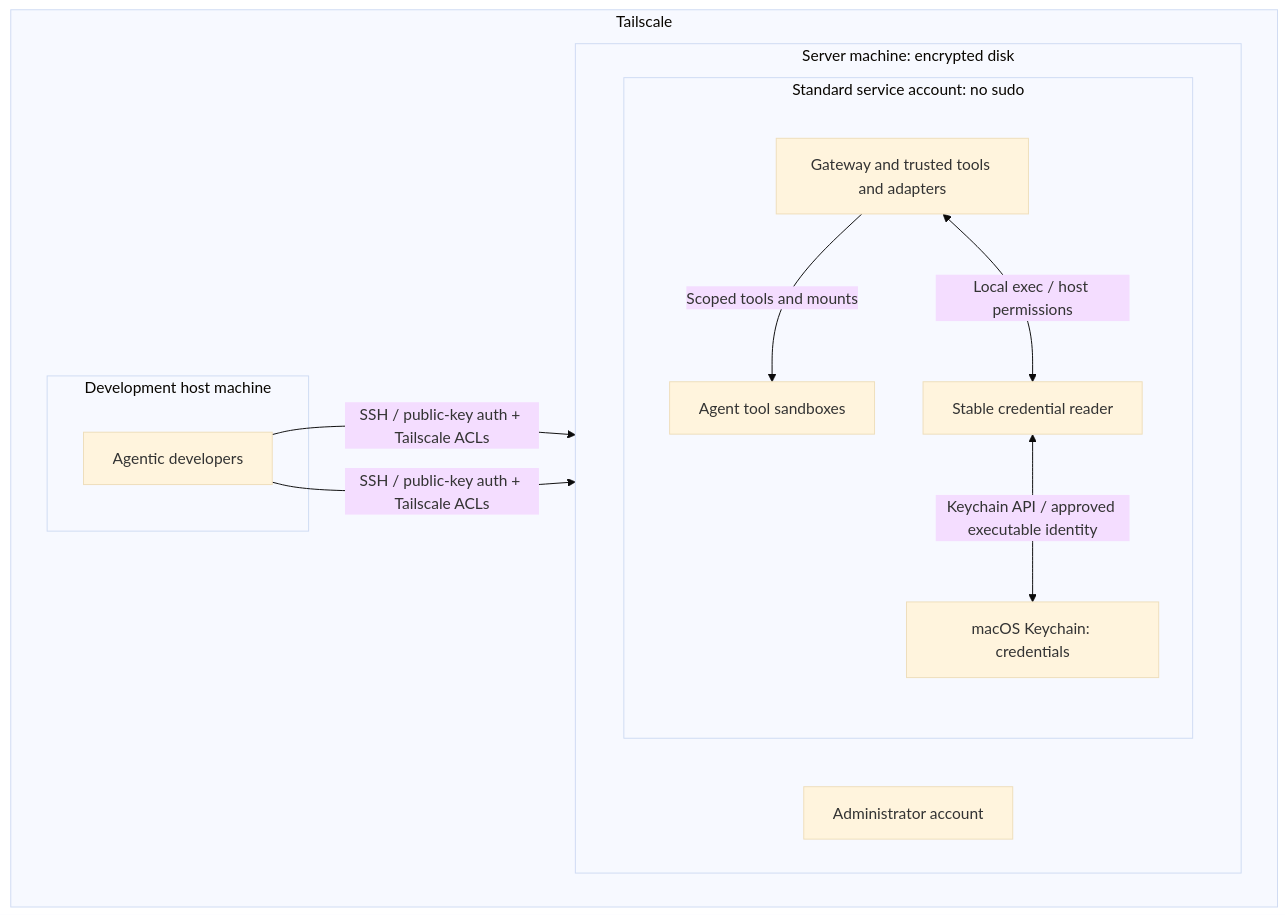
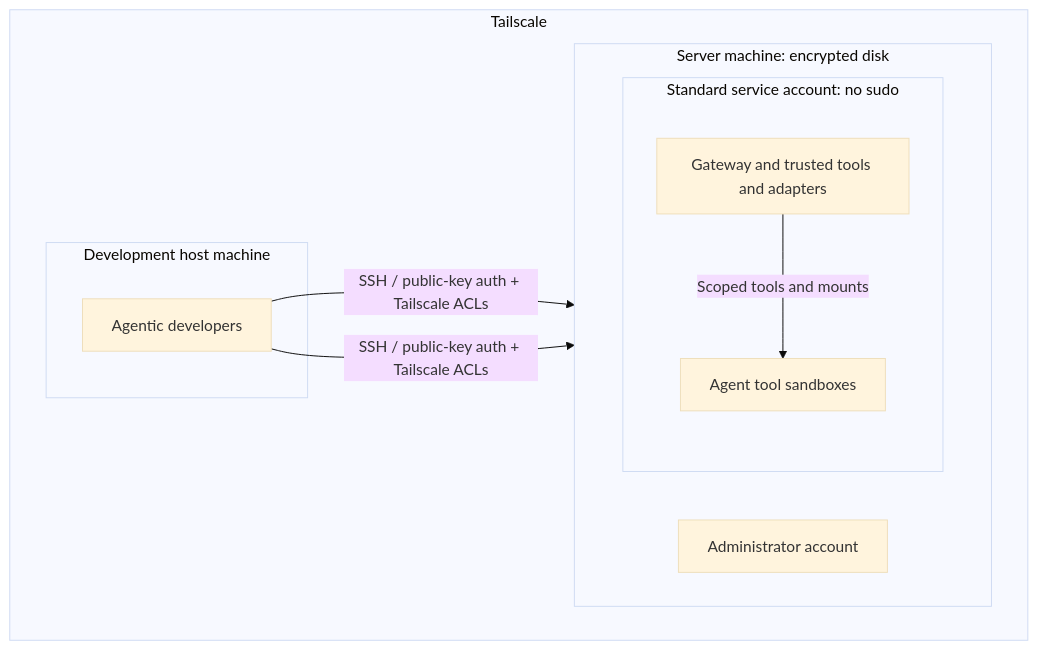
Before and after one commit to coletaylor788/puddles: the second of 5 diagrams in docs/openclaw-setup/security-architecture.md, drawn with Mermaid (base theme). The commit also changed other lines of this file and 4 other files, not shown here.

Commit message:
docs: align design and review with security architecture

````diff
--- a/docs/openclaw-setup/security-architecture.md
+++ b/docs/openclaw-setup/security-architecture.md
@@ -66,24 +71,20 @@
 ```mermaid
 flowchart TB
     subgraph Tailnet["Tailscale"]
         subgraph DevMachine["Development host machine"]
             Developers["Agentic developers"]
         end
         subgraph Machine["Server machine: encrypted disk"]
             direction LR
             Admin["Administrator account"]
             subgraph Service["Standard service account: no sudo"]
                 Gateway["Gateway and trusted tools and adapters"]
-                CredentialReader["Stable credential reader"]
-                Keychain["macOS Keychain: credentials"]
                 Sandboxes["Agent tool sandboxes"]
             end
         end
     end
 
     Developers -->|"SSH / public-key auth + Tailscale ACLs"| Admin
     Developers -->|"SSH / public-key auth + Tailscale ACLs"| Service
     Gateway -->|"Scoped tools and mounts"| Sandboxes
-    Gateway <-->|"Local exec / host permissions"| CredentialReader
-    CredentialReader <-->|"Keychain API / approved executable identity"| Keychain
 ```
````
